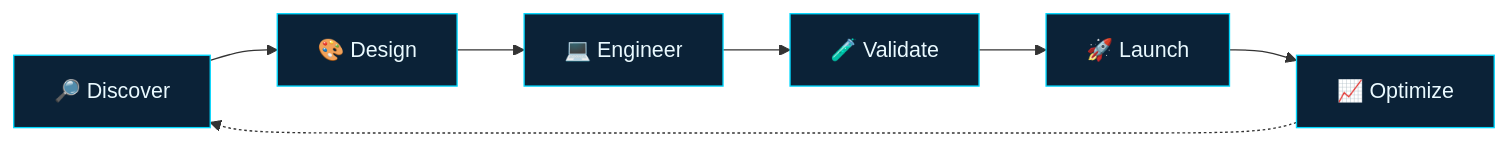
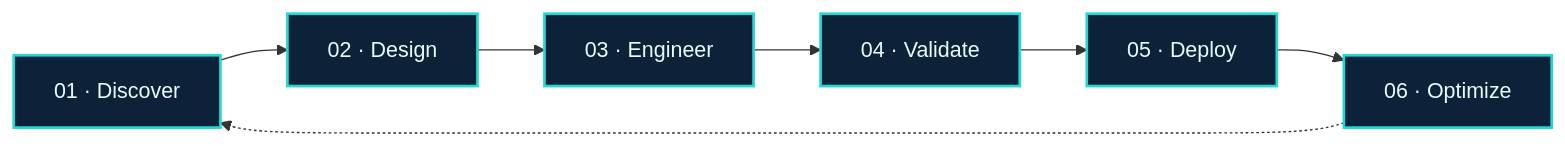
Before and after one commit to Dignisys-IT/Dignisys-IT: the diagram in README.md, drawn with Mermaid. The commit also changed other lines of this file and 2 other files, not shown here.

````diff
--- a/README.md
+++ b/README.md
@@ -101,11 +105,11 @@
 ```mermaid
 flowchart LR
-    A[🔎 Discover] --> B[🎨 Design]
-    B --> C[💻 Engineer]
-    C --> D[🧪 Validate]
-    D --> E[🚀 Launch]
-    E --> F[📈 Optimize]
+    A["01 · Discover"] --> B["02 · Design"]
+    B --> C["03 · Engineer"]
+    C --> D["04 · Validate"]
+    D --> E["05 · Deploy"]
+    E --> F["06 · Optimize"]
     F -.-> A
-    classDef step fill:#0b2237,stroke:#00d9ff,color:#eafaff,stroke-width:1px;
-    class A,B,C,D,E,F step;
+    classDef active fill:#0C2238,stroke:#23D7D4,color:#EAFBFF,stroke-width:2px;
+    class A,B,C,D,E,F active;
 ```
````
